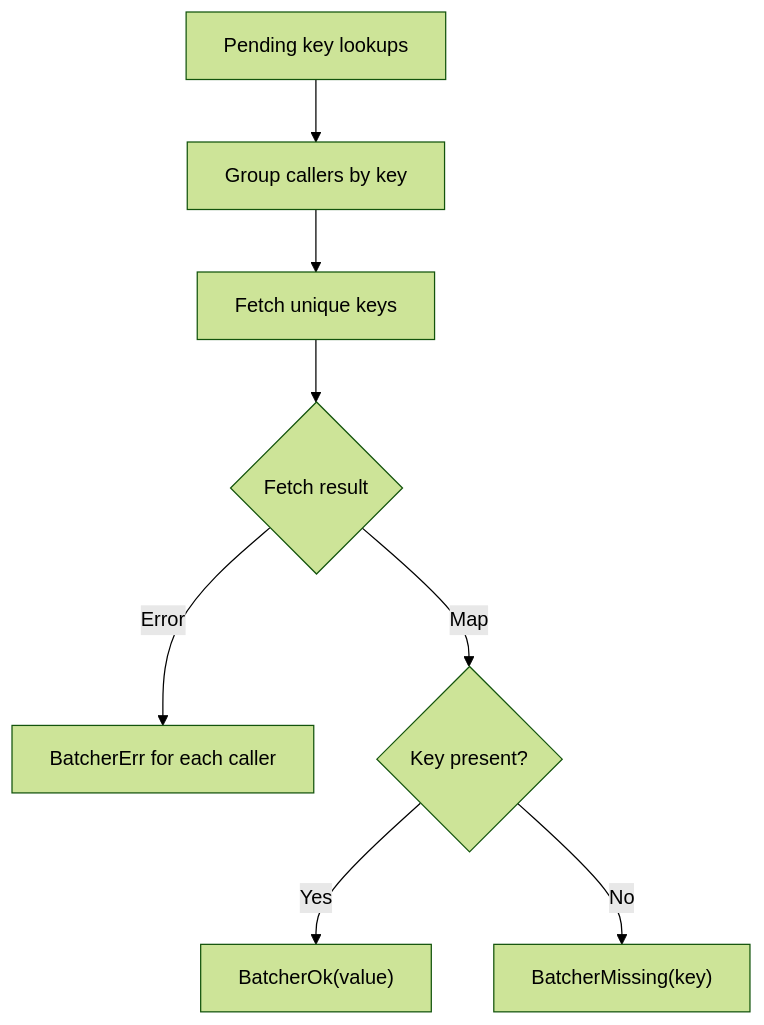
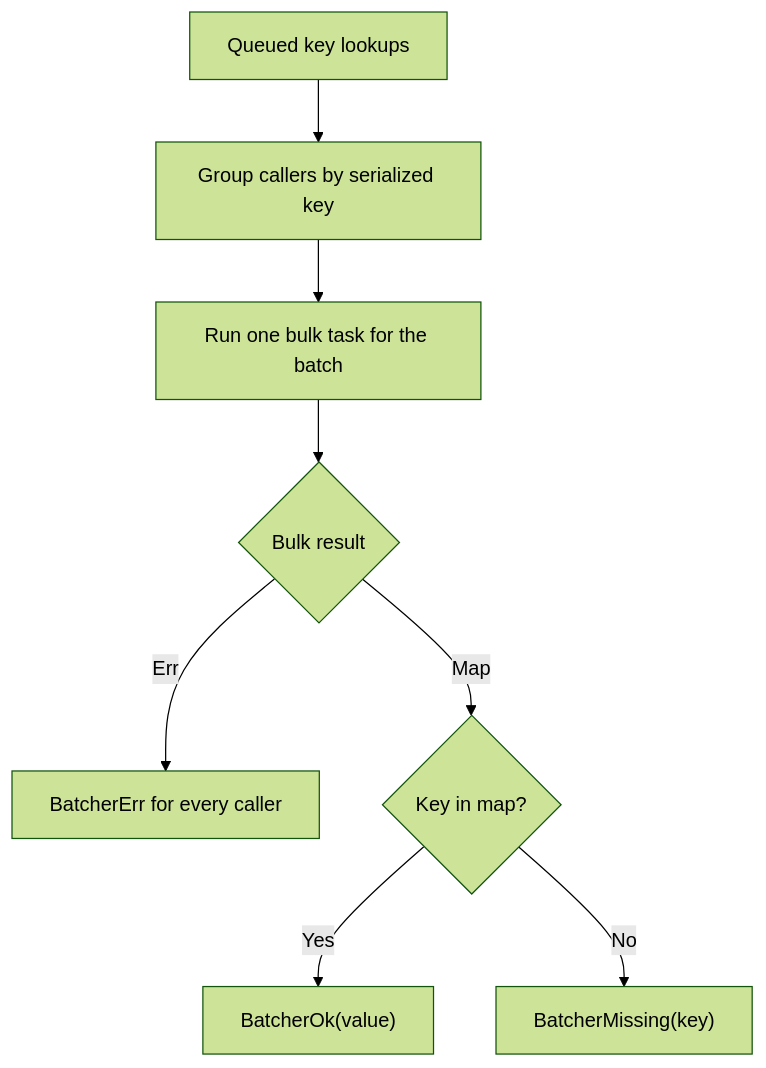
Before and after one commit to pplnd/core: the diagram in docs/src/content/docs/guides/batcher.md, drawn with Mermaid (forest theme). The commit also changed other lines of this file and 63 other files, not shown here.

````diff
--- a/docs/src/content/docs/guides/batcher.md
+++ b/docs/src/content/docs/guides/batcher.md
@@ -32,10 +41,10 @@
 ```mermaid
 flowchart TD
-  Loads["Pending key lookups"] --> Unique["Group callers by key"]
-  Unique --> Fetch["Fetch unique keys"]
-  Fetch --> Result{"Fetch result"}
-  Result -->|Error| Error["BatcherErr for each caller"]
-  Result -->|Map| Found{"Key present?"}
-  Found -->|Yes| Value["BatcherOk(value)"]
-  Found -->|No| Missing["BatcherMissing(key)"]
+  Lookups["Queued key lookups"] --> Group["Group callers by serialized key"]
+  Group --> Fetch["Run one bulk task for the batch"]
+  Fetch --> Result{"Bulk result"}
+  Result -->|Err| Failed["BatcherErr for every caller"]
+  Result -->|Map| Present{"Key in map?"}
+  Present -->|Yes| Found["BatcherOk(value)"]
+  Present -->|No| Missing["BatcherMissing(key)"]
 ```
````
